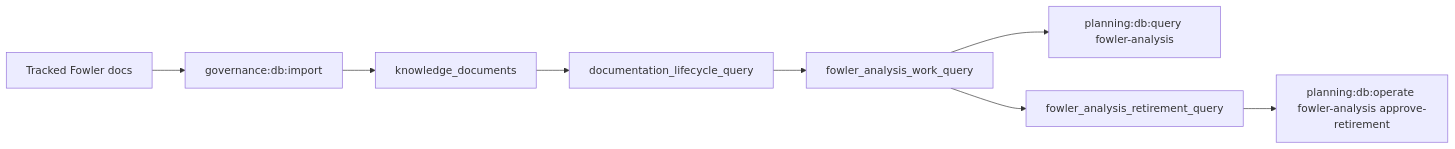
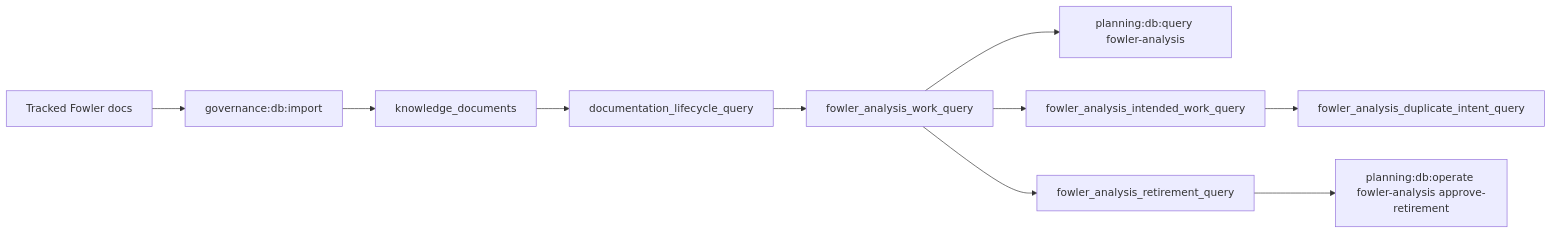
Before and after one commit to dunay2/dvt: the diagram in docs/planning/proposals/mandatory/governance-and-docs/fowler-analysis-db-first-work-queue-plan-20260610.md, drawn with Mermaid. The commit also changed other lines of this file and 6 other files, not shown here.

Commit message:
feat(planner): Add Fowler analysis duplicate intent queries

````diff
--- a/docs/planning/proposals/mandatory/governance-and-docs/fowler-analysis-db-first-work-queue-plan-20260610.md
+++ b/docs/planning/proposals/mandatory/governance-and-docs/fowler-analysis-db-first-work-queue-plan-20260610.md
@@ -28,10 +29,12 @@
 ```mermaid
 flowchart LR
   Docs["Tracked Fowler docs"] --> Import["governance:db:import"]
   Import --> Knowledge["knowledge_documents"]
   Knowledge --> Lifecycle["documentation_lifecycle_query"]
   Lifecycle --> Queue["fowler_analysis_work_query"]
   Queue --> Query["planning:db:query fowler-analysis"]
+  Queue --> Intent["fowler_analysis_intended_work_query"]
+  Intent --> Duplicates["fowler_analysis_duplicate_intent_query"]
   Queue --> Retirement["fowler_analysis_retirement_query"]
   Retirement --> Decision["planning:db:operate fowler-analysis approve-retirement"]
 ```
````
